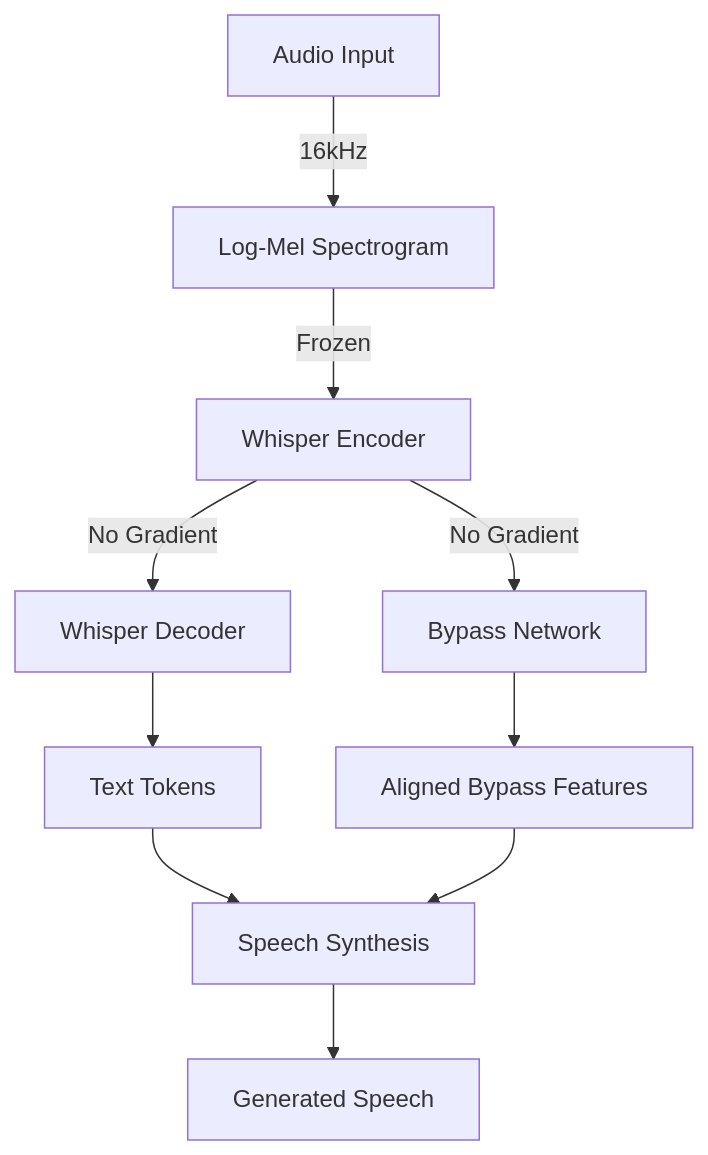
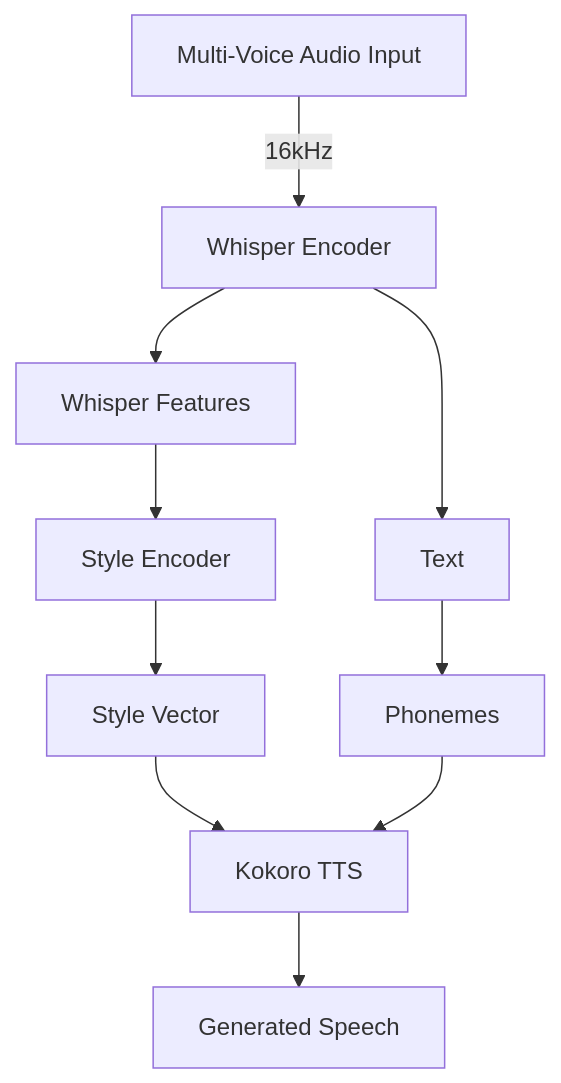
Before and after one commit to dant2021/a-research: the diagram in nuanced-speech/readme.md, drawn with Mermaid. The commit also changed other lines of this file, not shown here.

````diff
--- a/nuanced-speech/readme.md
+++ b/nuanced-speech/readme.md
@@ -56,12 +74,12 @@
 ```mermaid
 graph TD
-    A[Audio Input] -->|16kHz| B[Log-Mel Spectrogram]
-    B -->|Frozen| C[Whisper Encoder]
-    C -->|No Gradient| D[Bypass Network]
-    C -->|No Gradient| E[Whisper Decoder]
-    E --> F[Text Tokens]
-    D --> G[Aligned Bypass Features]
-    F --> H[Speech Synthesis]
+    A[Multi-Voice Audio Input] -->|16kHz| B[Whisper Encoder]
+    B --> C[Whisper Features]
+    B --> F
+    C --> D[Style Encoder]
+    D --> E[Style Vector]
+    F[Text] --> G[Phonemes]
+    E --> H[Kokoro TTS]
     G --> H
     H --> I[Generated Speech]
 ```
````
